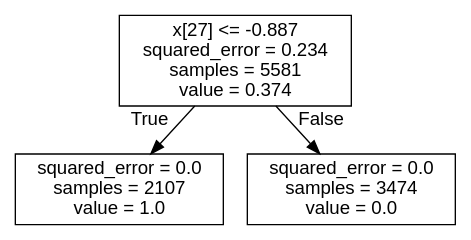
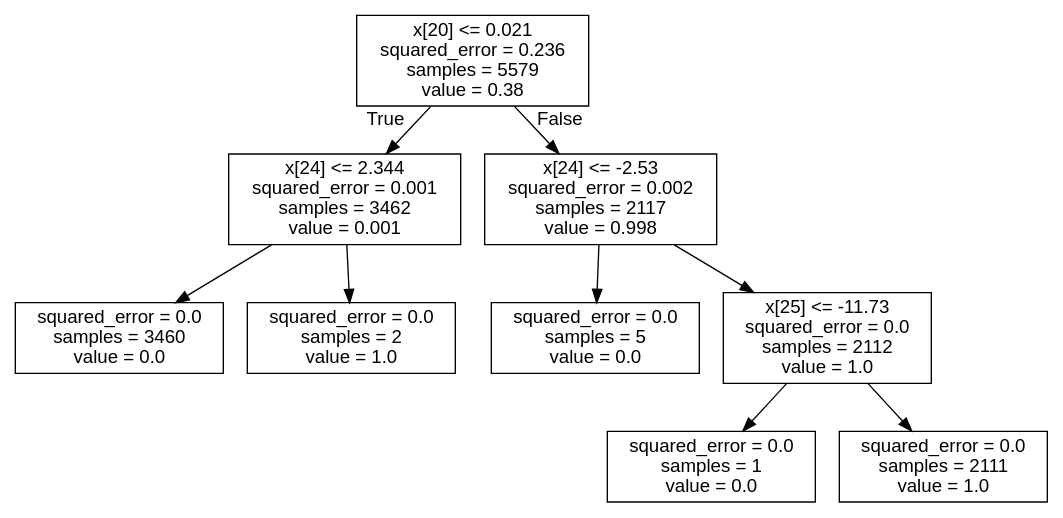
Before and after one commit to CMU-EMIT-Lab/conv_vae_feature_identification: the diagram in tree.dot, drawn with Graphviz. The commit also changed 4 other files, not shown here.

```diff
--- a/tree.dot
+++ b/tree.dot
@@ -1,9 +1,21 @@
 digraph Tree {
 node [shape=box, fontname="helvetica"] ;
 edge [fontname="helvetica"] ;
-0 [label="x[27] <= -0.887\nsquared_error = 0.234\nsamples = 5581\nvalue = 0.374"] ;
-1 [label="squared_error = 0.0\nsamples = 2107\nvalue = 1.0"] ;
+0 [label="x[20] <= 0.021\nsquared_error = 0.236\nsamples = 5579\nvalue = 0.38"] ;
+1 [label="x[24] <= 2.344\nsquared_error = 0.001\nsamples = 3462\nvalue = 0.001"] ;
 0 -> 1 [labeldistance=2.5, labelangle=45, headlabel="True"] ;
-2 [label="squared_error = 0.0\nsamples = 3474\nvalue = 0.0"] ;
-0 -> 2 [labeldistance=2.5, labelangle=-45, headlabel="False"] ;
+2 [label="squared_error = 0.0\nsamples = 3460\nvalue = 0.0"] ;
+1 -> 2 ;
+3 [label="squared_error = 0.0\nsamples = 2\nvalue = 1.0"] ;
+1 -> 3 ;
+4 [label="x[24] <= -2.53\nsquared_error = 0.002\nsamples = 2117\nvalue = 0.998"] ;
+0 -> 4 [labeldistance=2.5, labelangle=-45, headlabel="False"] ;
+5 [label="squared_error = 0.0\nsamples = 5\nvalue = 0.0"] ;
+4 -> 5 ;
+6 [label="x[25] <= -11.73\nsquared_error = 0.0\nsamples = 2112\nvalue = 1.0"] ;
+4 -> 6 ;
+7 [label="squared_error = 0.0\nsamples = 1\nvalue = 0.0"] ;
+6 -> 7 ;
+8 [label="squared_error = 0.0\nsamples = 2111\nvalue = 1.0"] ;
+6 -> 8 ;
 }
```
